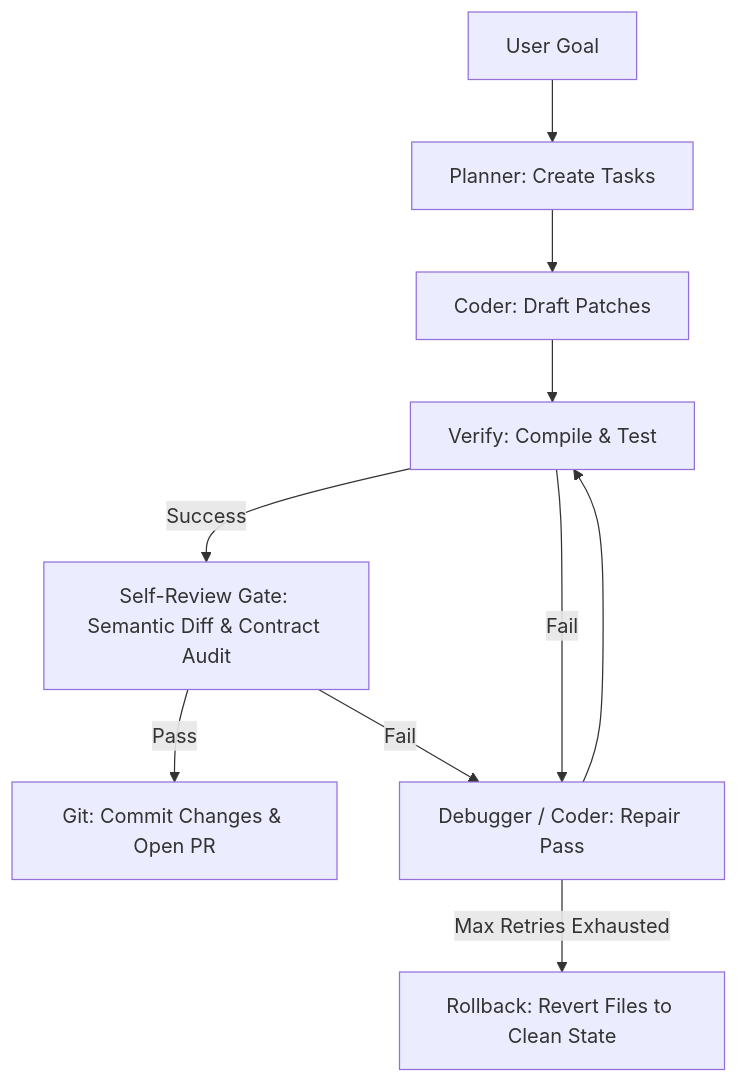
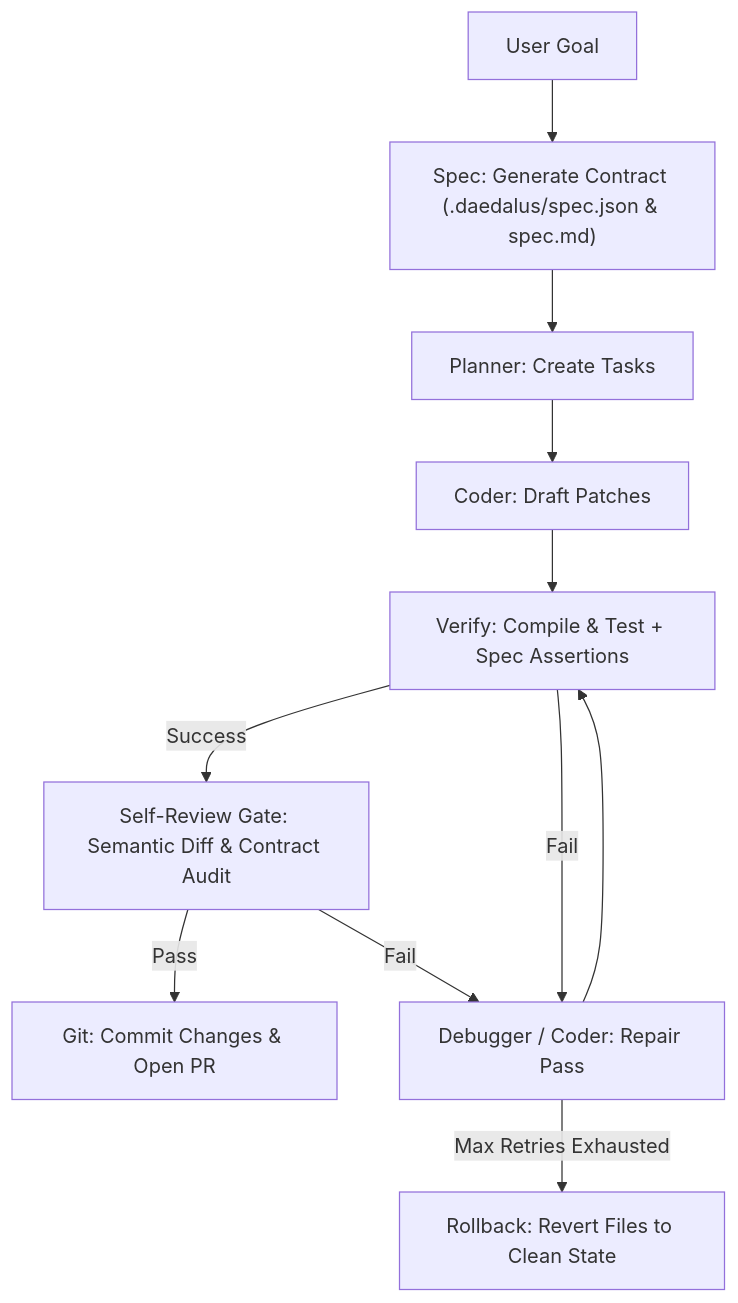
Before and after one commit to bgill55/daedalus: the diagram in docs/notebooklm-summary.md, drawn with Mermaid. The commit also changed 2 other files, not shown here.

Commit message:
docs: add unified SpecFirst workflow Mermaid diagram to orchestration and spec architecture guides

````diff
--- a/docs/notebooklm-summary.md
+++ b/docs/notebooklm-summary.md
@@ -37,12 +37,13 @@
 ```mermaid
 graph TD
-    Goal[User Goal] --> Plan[Planner: Create Tasks]
+    Goal[User Goal] --> Spec["Spec: Generate Contract (.daedalus/spec.json & spec.md)"]
+    Spec --> Plan[Planner: Create Tasks]
     Plan --> Execute[Coder: Draft Patches]
-    Execute --> Verify[Verify: Compile & Test]
+    Execute --> Verify[Verify: Compile & Test + Spec Assertions]
     Verify -- Success --> Gate[Self-Review Gate: Semantic Diff & Contract Audit]
     Gate -- Pass --> Commit[Git: Commit Changes & Open PR]
     Gate -- Fail --> Repair[Debugger / Coder: Repair Pass]
     Verify -- Fail --> Repair
     Repair --> Verify
     Repair -- Max Retries Exhausted --> Rollback[Rollback: Revert Files to Clean State]
 ```
````
